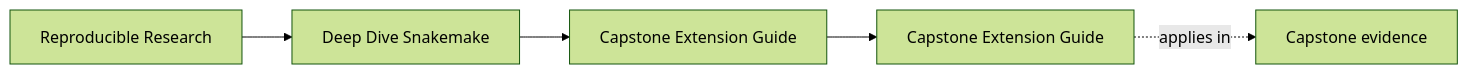
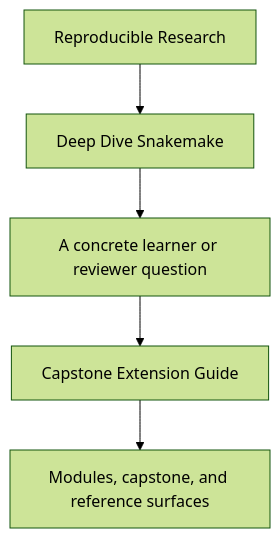
One commit to bijux/bijux-masterclass changed the first of 2 diagrams in programs/reproducible-research/deep-dive-snakemake/course-book/guides/capstone-extension-guide.md. Above: the diagram before and after it, drawn with Mermaid (forest theme). The commit also changed other lines of this file and 29 other files, not shown here.

Commit message:
docs(deep-dive-snakemake): sharpen guide and reference diagrams

````diff
--- a/programs/reproducible-research/deep-dive-snakemake/course-book/guides/capstone-extension-guide.md
+++ b/programs/reproducible-research/deep-dive-snakemake/course-book/guides/capstone-extension-guide.md
@@ -9,11 +9,7 @@
 ```mermaid
-graph LR
-  family["Reproducible Research"]
-  program["Deep Dive Snakemake"]
-  section["Capstone Extension Guide"]
-  page["Capstone Extension Guide"]
-  capstone["Capstone evidence"]
-
-  family --> program --> section --> page
-  page -.applies in.-> capstone
+flowchart TD
+  family["Reproducible Research"] --> program["Deep Dive Snakemake"]
+  program --> pressure["A concrete learner or reviewer question"]
+  pressure --> guide["Capstone Extension Guide"]
+  guide --> next["Modules, capstone, and reference surfaces"]
 ```
````
